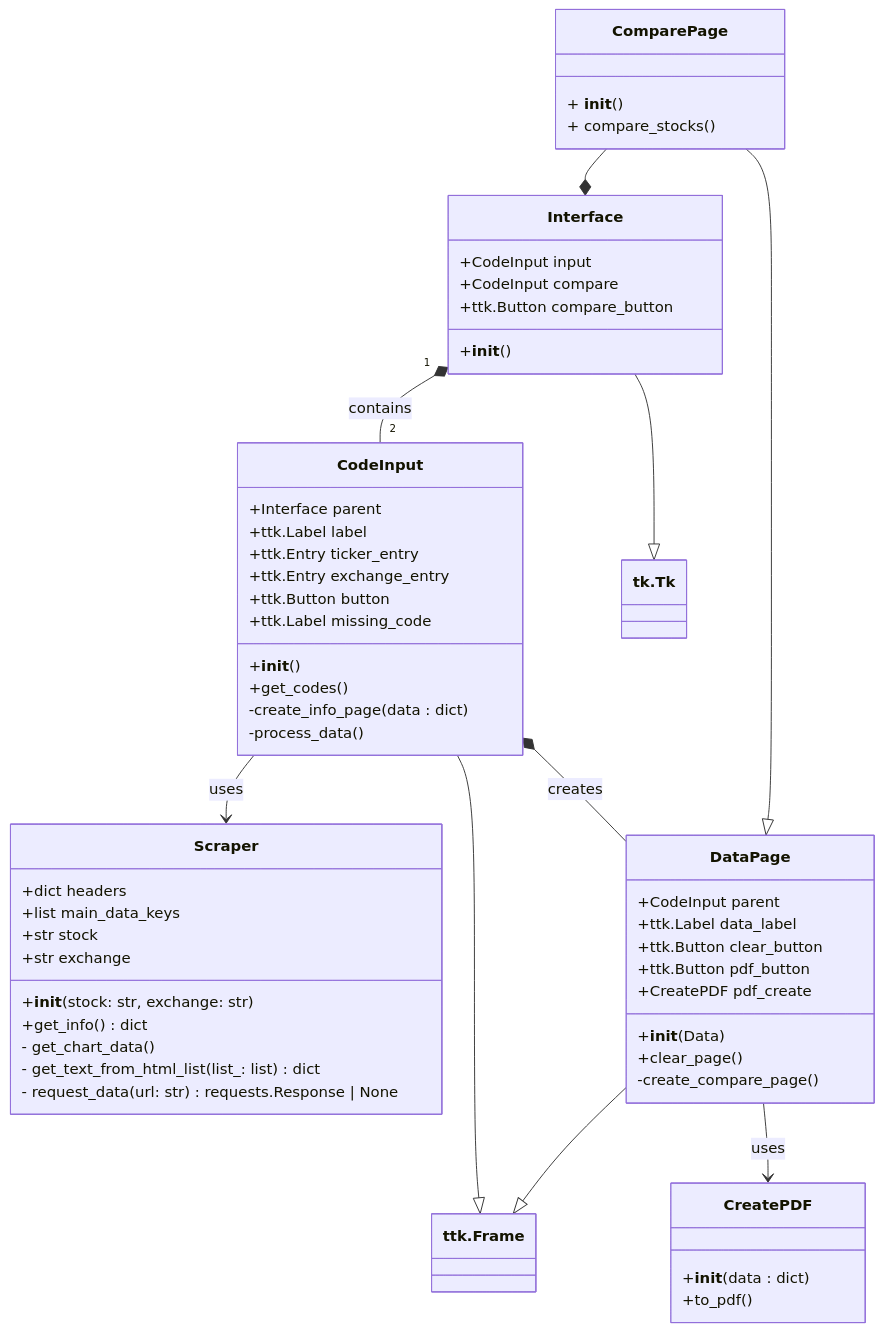
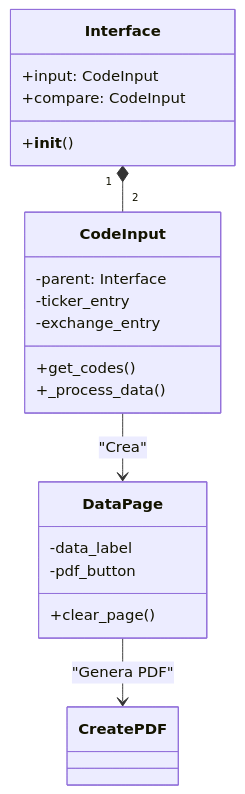
Before and after one commit to AndrevLare/Stock-Dealer: the diagram in README.md, drawn with Mermaid. The commit also changed other lines of this file, not shown here.

````diff
--- a/README.md
+++ b/README.md
@@ -4,3 +6,47 @@
+```mermaid
+%%{init: {
+  "theme": "base",
+  "themeVariables": {
+    "primaryColor": "#2B0B3F",
+    "primaryBorderColor": "#FF00FF",
+    "primaryTextColor": "#FFFFFF",
+    "lineColor": "#00F0FF",
+    "tertiaryColor": "#FF00FF",
+    "tertiaryBorderColor": "#00F0FF",
+    "fontFamily": "'Courier New', monospace"
+  },
+  "class": {
+    "classTitleFontWeight": "bold",
+    "classTextMargin": 10,
+    "borderRadius": 15
+  }
+}}%%
+
+classDiagram
+    class Interface {
+        +input: CodeInput
+        +compare: CodeInput
+        +__init__()
+    }
+
+    class CodeInput {
+        -parent: Interface
+        -ticker_entry
+        -exchange_entry
+        +get_codes()
+        +_process_data()
+    }
+
+    class DataPage {
+        -data_label
+        -pdf_button
+        +clear_page()
+    }
+
+    Interface "1" *-- "2" CodeInput
+    CodeInput --> DataPage : "Crea"
+    DataPage --> CreatePDF : "Genera PDF"
+
 ```mermaid
 
 classDiagram
````
